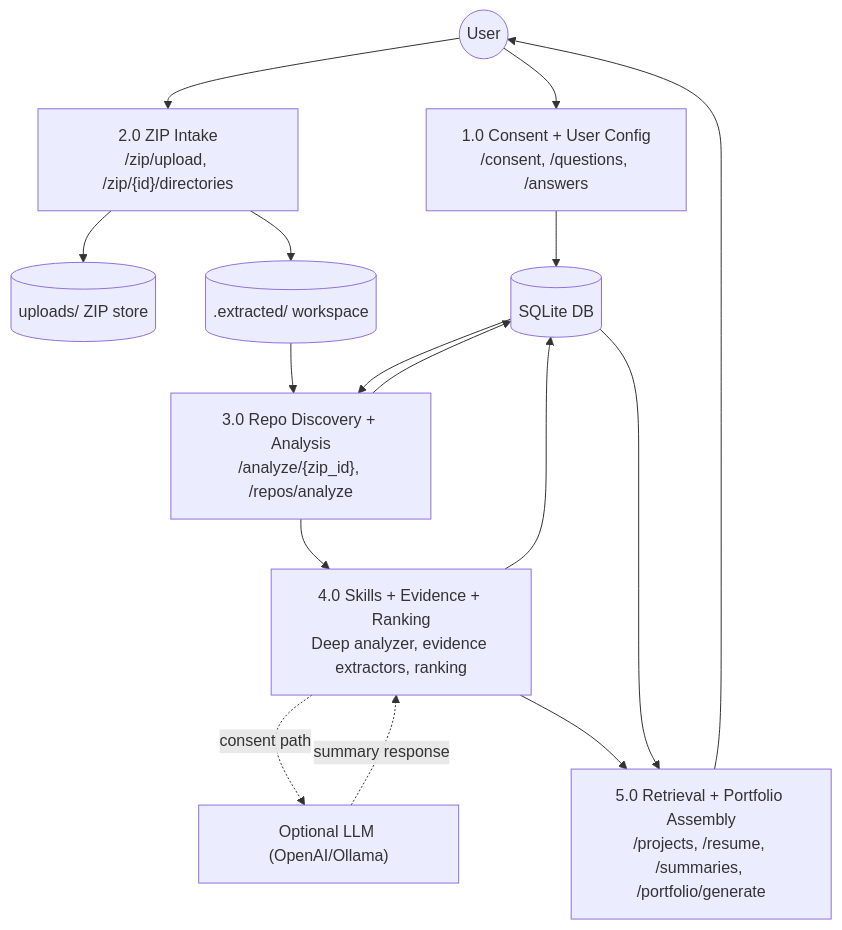
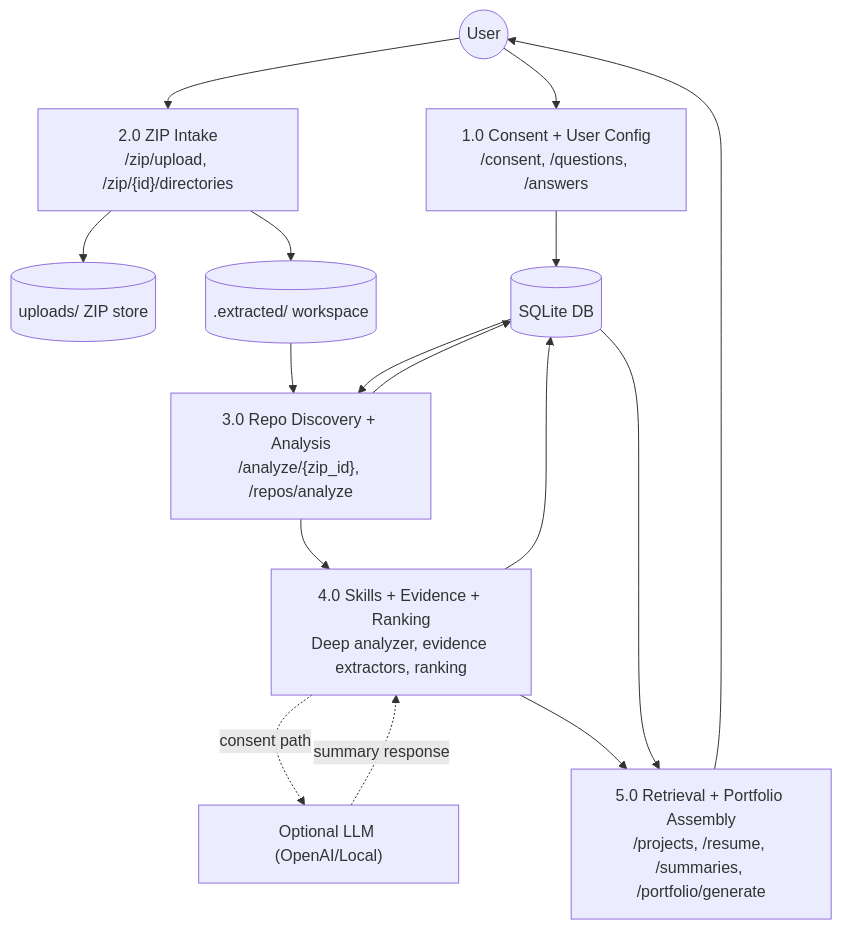
One commit to COSC-499-W2025/capstone-project-team-1 changed the third of 3 diagrams in README.md. Above: the diagram before and after it, drawn with Mermaid. The commit also changed other lines of this file and 4 other files, not shown here.

Commit message:
refactor: remove Ollama references and update to local LLM wrapper in documentation and code

````diff
--- a/README.md
+++ b/README.md
@@ -88,33 +88,33 @@
 ```mermaid
 flowchart TB
     User(("User"))
     FSUploads[("uploads/ ZIP store")]
     FSExtracted[(".extracted/ workspace")]
     DB[("SQLite DB")]
-    LLM["Optional LLM (OpenAI/Ollama)"]
+    LLM["Optional LLM (OpenAI/Local)"]
 
     P1["1.0 Consent + User Config\n/consent, /questions, /answers"]
     P2["2.0 ZIP Intake\n/zip/upload, /zip/{id}/directories"]
     P3["3.0 Repo Discovery + Analysis\n/analyze/{zip_id}, /repos/analyze"]
     P4["4.0 Skills + Evidence + Ranking\nDeep analyzer, evidence extractors, ranking"]
     P5["5.0 Retrieval + Portfolio Assembly\n/projects, /resume, /summaries, /portfolio/generate"]
 
     User --> P1
     User --> P2
     P2 --> FSUploads
     P2 --> FSExtracted
     P1 --> DB
 
     FSExtracted --> P3
     DB --> P3
     P3 --> DB
 
     P3 --> P4
     P4 --> DB
     P4 -. consent path .-> LLM
     LLM -. summary response .-> P4
 
     P4 --> P5
     DB --> P5
     P5 --> User
 ```
````
